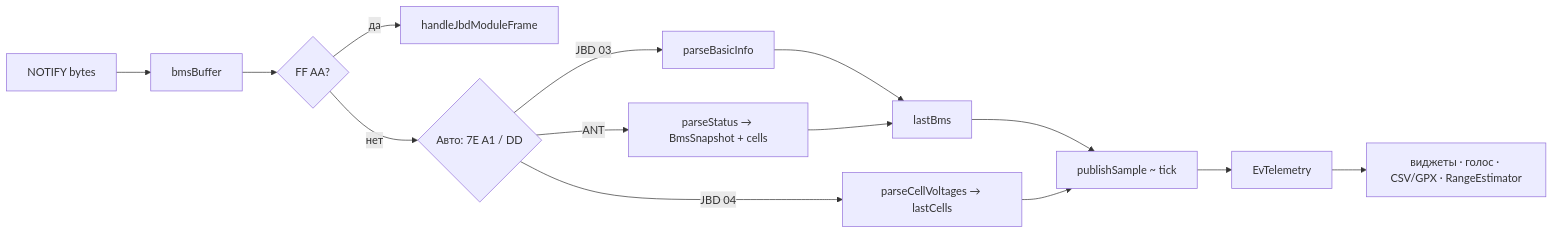
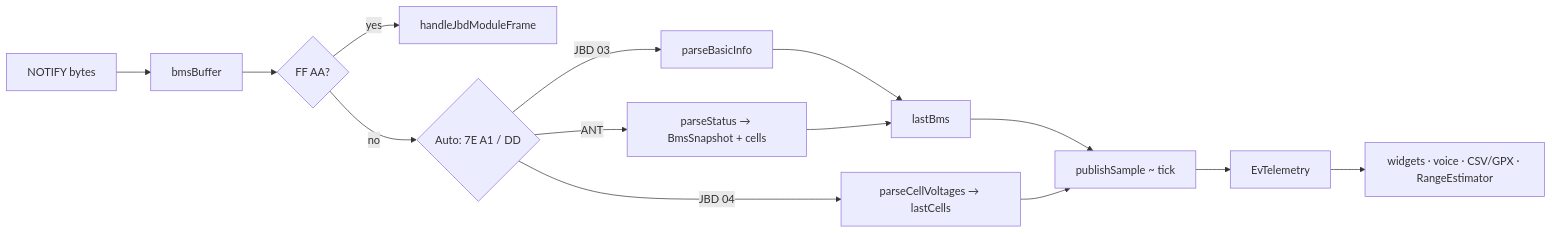
One commit to livello/OsmAnd changed the ninth of 9 diagrams in BMS_DATA_ABOUT.md. Above: the diagram before and after it, drawn with Mermaid. The commit also changed other lines of this file and 2 other files, not shown here.

````diff
--- a/BMS_DATA_ABOUT.md
+++ b/BMS_DATA_ABOUT.md
@@ -440,16 +440,16 @@
 ```mermaid
 flowchart LR
   RX[NOTIFY bytes] --> BUF[bmsBuffer]
   BUF --> FF{FF AA?}
-  FF -->|да| MOD[handleJbdModuleFrame]
-  FF -->|нет| SOF{Авто: 7E A1 / DD}
+  FF -->|yes| MOD[handleJbdModuleFrame]
+  FF -->|no| SOF{Auto: 7E A1 / DD}
   SOF -->|ANT| ANT[parseStatus → BmsSnapshot + cells]
   SOF -->|JBD 03| BASIC[parseBasicInfo]
   SOF -->|JBD 04| CELLS[parseCellVoltages → lastCells]
   BASIC --> SNAP[lastBms]
   ANT --> SNAP
   SNAP --> PUB[publishSample ~ tick]
   CELLS --> PUB
   PUB --> T[EvTelemetry]
-  T --> W[виджеты · голос · CSV/GPX · RangeEstimator]
+  T --> W[widgets · voice · CSV/GPX · RangeEstimator]
 ```
````
